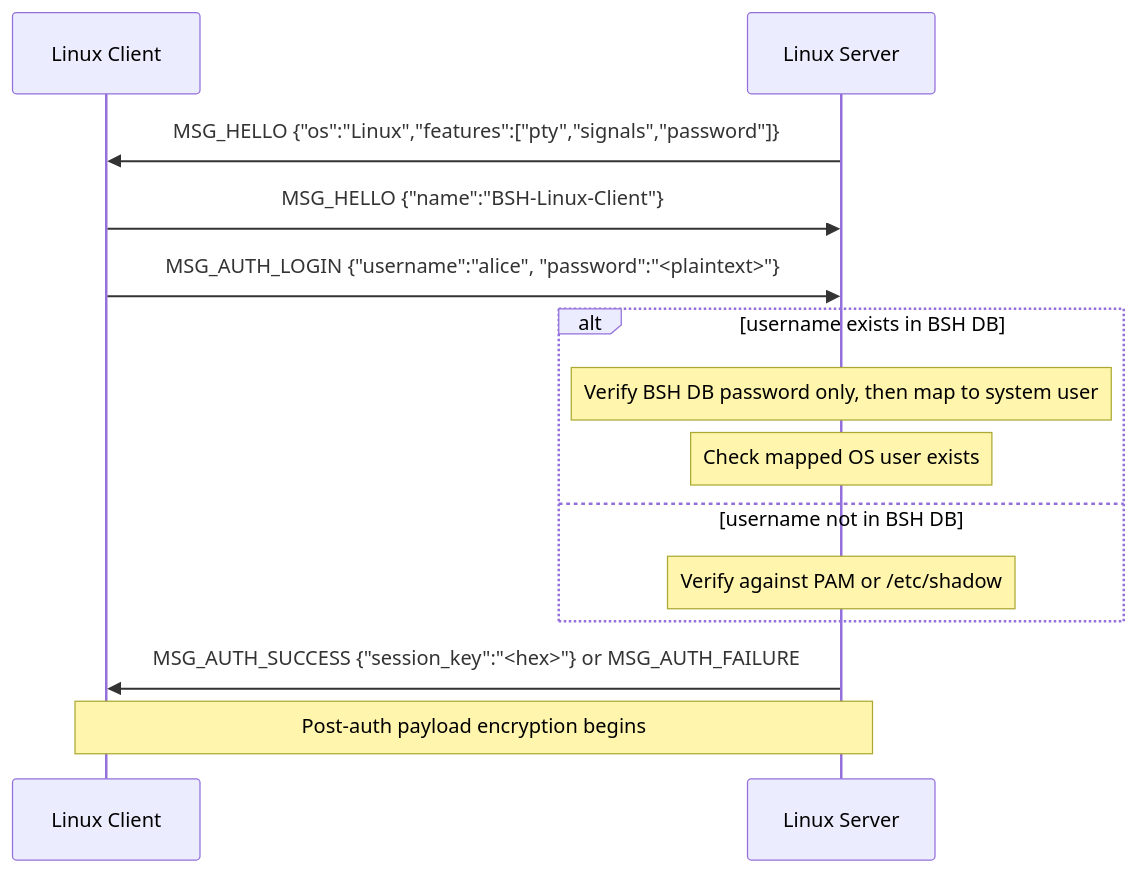
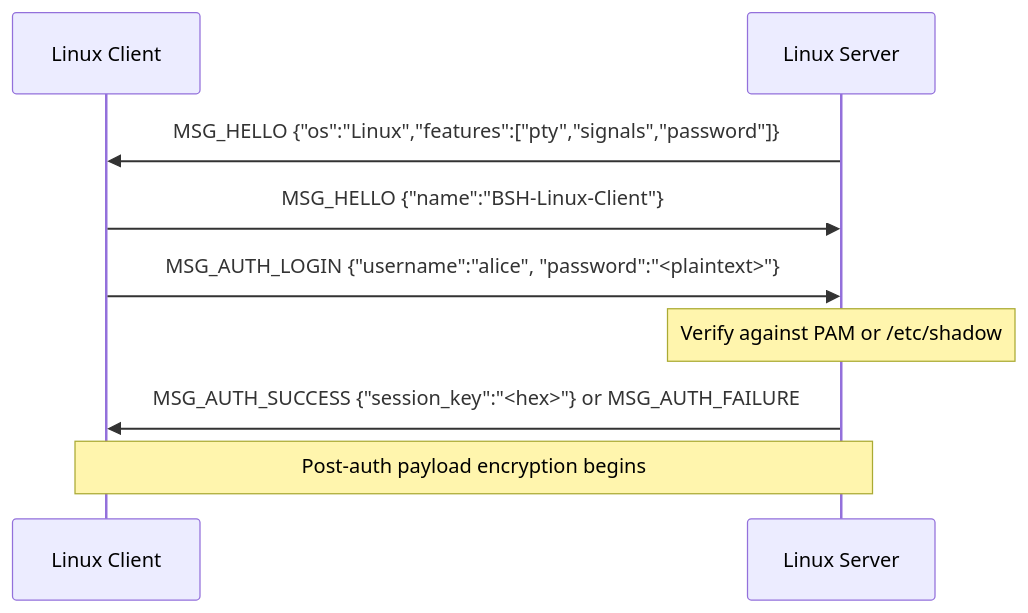
One commit to Hacker-SriDhar/OpenBSH changed the eighth of 9 diagrams in docs/protocol-security.md. Above: the diagram before and after it, drawn with Mermaid. The commit also changed other lines of this file and 9 other files, not shown here.

````diff
--- a/docs/protocol-security.md
+++ b/docs/protocol-security.md
@@ -254,17 +254,12 @@
 ```mermaid
 sequenceDiagram
     participant LC as Linux Client
     participant LS as Linux Server
 
     LS->>LC: MSG_HELLO {"os":"Linux","features":["pty","signals","password"]}
     LC->>LS: MSG_HELLO {"name":"BSH-Linux-Client"}
     LC->>LS: MSG_AUTH_LOGIN {"username":"alice", "password":"<plaintext>"}
-    alt username exists in BSH DB
-        Note over LS: Verify BSH DB password only, then map to system user
-        Note over LS: Check mapped OS user exists
-    else username not in BSH DB
-        Note over LS: Verify against PAM or /etc/shadow
-    end
+    Note over LS: Verify against PAM or /etc/shadow
     LS->>LC: MSG_AUTH_SUCCESS {"session_key":"<hex>"} or MSG_AUTH_FAILURE
     Note over LC,LS: Post-auth payload encryption begins
 ```
````
